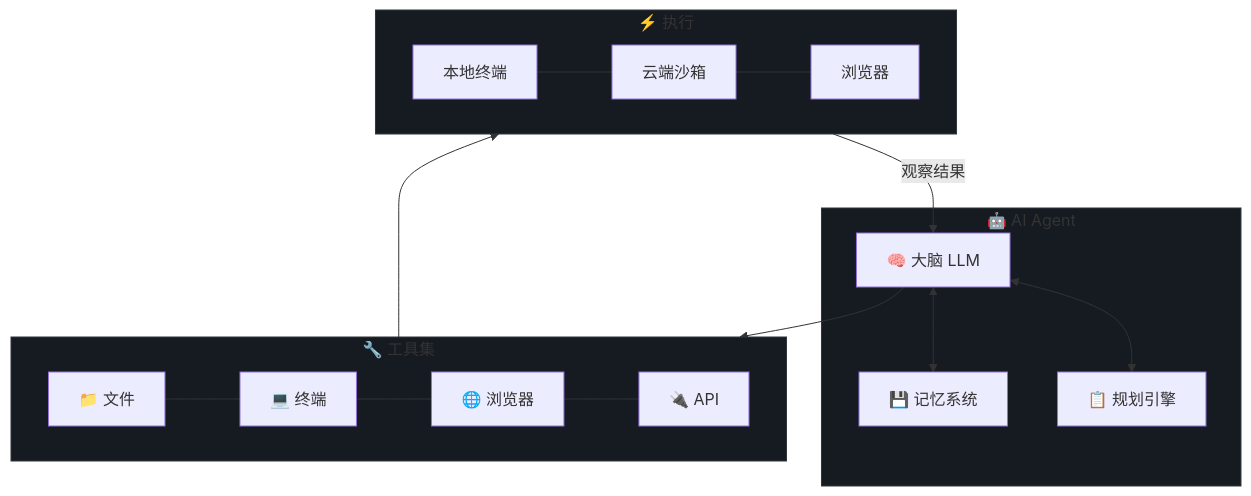
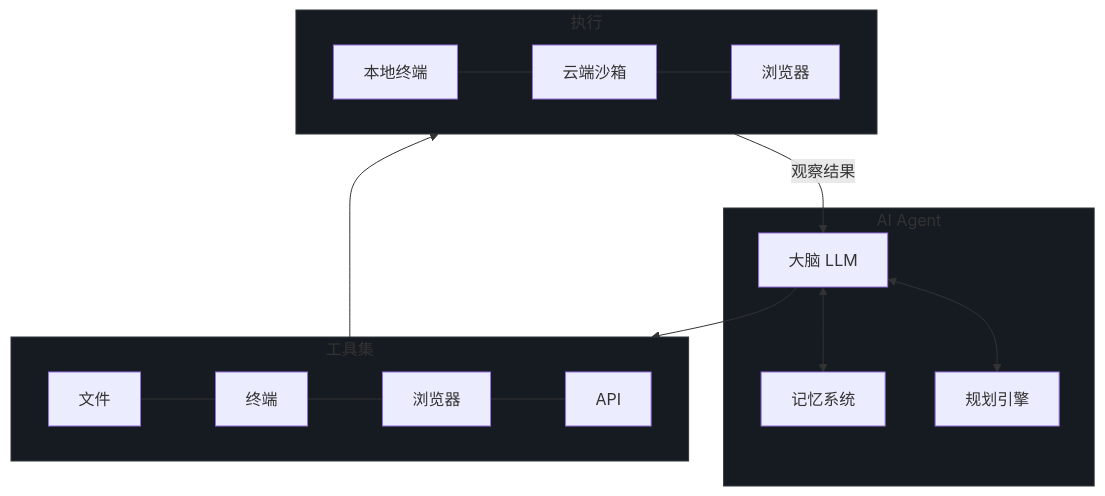
One commit to leohou0430/my-ai-stack changed the fourth of 14 diagrams in README.md. Above: the diagram before and after it, drawn with Mermaid. The commit also changed other lines of this file and 2 other files, not shown here.

````diff
--- a/README.md
+++ b/README.md
@@ -93,20 +175,20 @@
 ```mermaid
 graph TB
-    subgraph Agent["🤖 AI Agent"]
-        LLM["🧠 大脑 LLM"]
-        MEM["💾 记忆系统"]
-        PLAN["📋 规划引擎"]
+    subgraph Agent["AI Agent"]
+        LLM["大脑 LLM"]
+        MEM["记忆系统"]
+        PLAN["规划引擎"]
         LLM <--> MEM
         LLM <--> PLAN
     end
-    subgraph Tools["🔧 工具集"]
-        T1["📁 文件"] --- T2["💻 终端"] --- T3["🌐 浏览器"] --- T4["🔌 API"]
+    subgraph Tools["工具集"]
+        T1["文件"] --- T2["终端"] --- T3["浏览器"] --- T4["API"]
     end
-    subgraph Exec["⚡ 执行"]
+    subgraph Exec["执行"]
         E1["本地终端"] --- E2["云端沙箱"] --- E3["浏览器"]
     end
     LLM --> Tools --> Exec -->|"观察结果"| LLM
     style Agent fill:#161b22,stroke:#30363d
     style Tools fill:#161b22,stroke:#30363d
     style Exec fill:#161b22,stroke:#30363d
 ```
````
